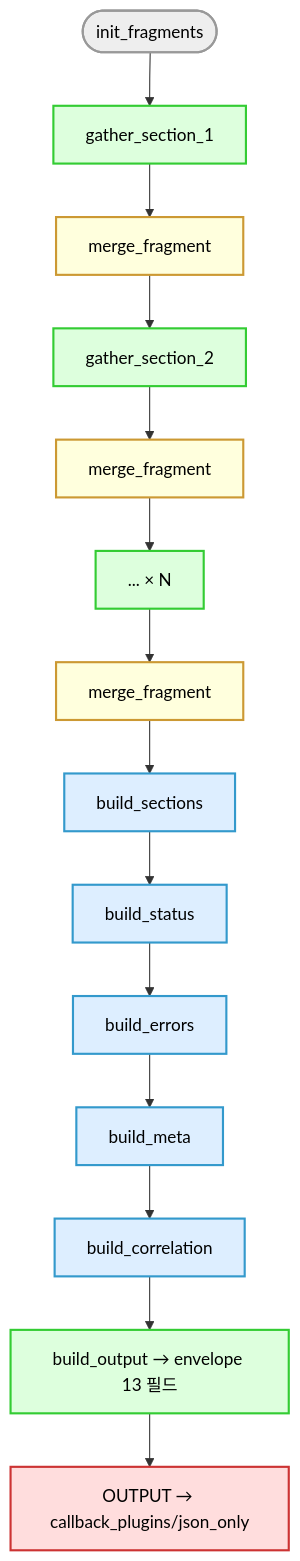
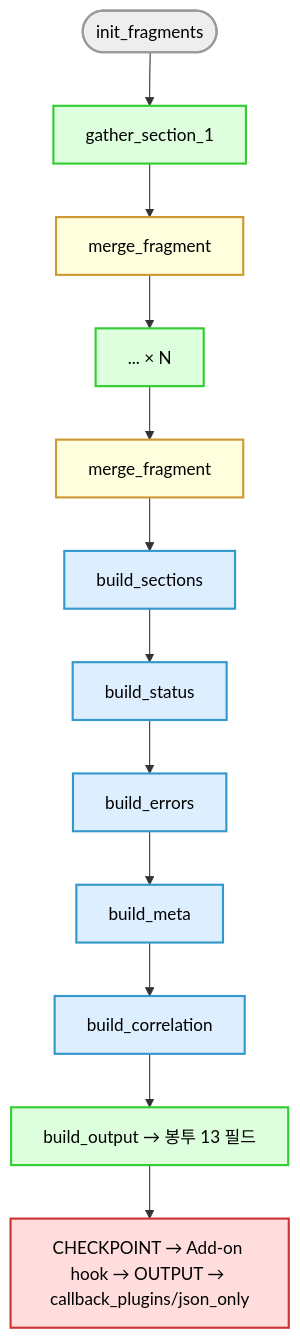
One commit to hshwang1994/server-exporter changed the diagram in common/tasks/normalize/README.md. Above: the diagram before and after it, drawn with Mermaid. The commit also changed other lines of this file and 89 other files, not shown here.

````diff
--- a/common/tasks/normalize/README.md
+++ b/common/tasks/normalize/README.md
@@ -24,26 +23,24 @@
 ```mermaid
 flowchart TD
   INIT([init_fragments]):::start
   G1[gather_section_1]:::gather
   M1[merge_fragment]:::merge
-  G2[gather_section_2]:::gather
-  M2[merge_fragment]:::merge
   GN[... × N]:::gather
   MN[merge_fragment]:::merge
   BS[build_sections]:::build
   BST[build_status]:::build
   BE[build_errors]:::build
   BM[build_meta]:::build
   BC[build_correlation]:::build
-  BO[build_output → envelope 13 필드]:::out
-  CB[OUTPUT → callback_plugins/json_only]:::cb
+  BO[build_output → 봉투 13 필드]:::out
+  CB[CHECKPOINT → Add-on hook → OUTPUT → callback_plugins/json_only]:::cb
 
-  INIT --> G1 --> M1 --> G2 --> M2 --> GN --> MN --> BS --> BST --> BE --> BM --> BC --> BO --> CB
+  INIT --> G1 --> M1 --> GN --> MN --> BS --> BST --> BE --> BM --> BC --> BO --> CB
 
   classDef start fill:#eee,stroke:#999,color:#000,stroke-width:2px
   classDef gather fill:#dfd,stroke:#3c3,color:#000,stroke-width:2px
   classDef merge fill:#ffd,stroke:#c93,color:#000,stroke-width:2px
   classDef build fill:#def,stroke:#39c,color:#000,stroke-width:2px
   classDef out fill:#dfd,stroke:#3c3,color:#000,stroke-width:2px
   classDef cb fill:#fdd,stroke:#c33,color:#000,stroke-width:2px
 ```
````
